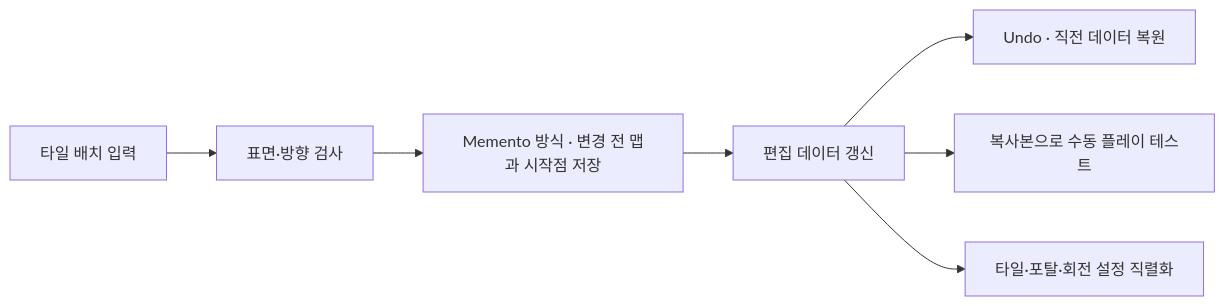
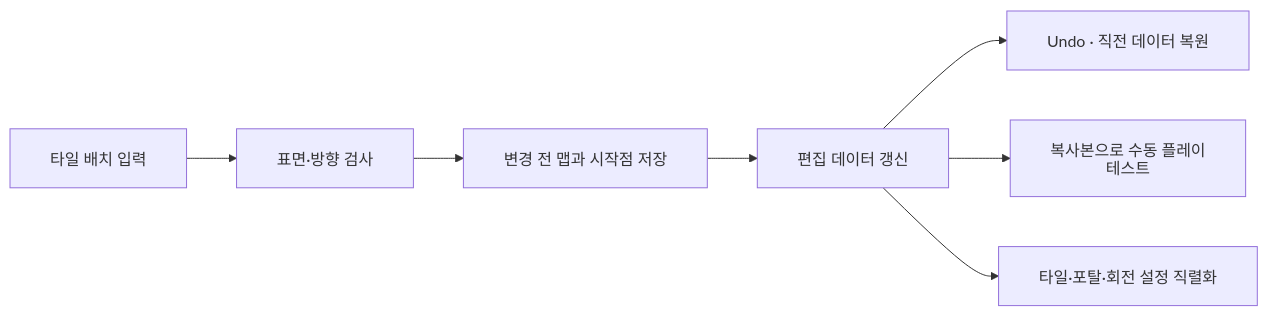
The diagram in portfolio/map-generation/README.md (1Seong/EulerianAurora), drawn with Mermaid before and after one commit. The commit also changed other lines of this file and 5 other files, not shown here.

Commit message:
docs: fix diagram text layout and feature sample emphasis

````diff
--- a/portfolio/map-generation/README.md
+++ b/portfolio/map-generation/README.md
@@ -7,9 +7,10 @@
 ```mermaid
+%%{init: {"htmlLabels": false, "themeVariables": {"fontFamily": "Arial, sans-serif"}, "flowchart": {"padding": 20, "diagramPadding": 20}, "sequence": {"diagramMarginX": 24, "diagramMarginY": 16, "wrap": true}}}%%
 flowchart LR
   A["타일 배치 입력"] --> B["표면·방향 검사"]
-  B --> C["Memento 방식 · 변경 전 맵과 시작점 저장"]
+  B --> C["변경 전 맵과 시작점 저장"]
   C --> D["편집 데이터 갱신"]
   D --> E["Undo · 직전 데이터 복원"]
   D --> F["복사본으로 수동 플레이 테스트"]
   D --> G["타일·포탈·회전 설정 직렬화"]
 ```
````
